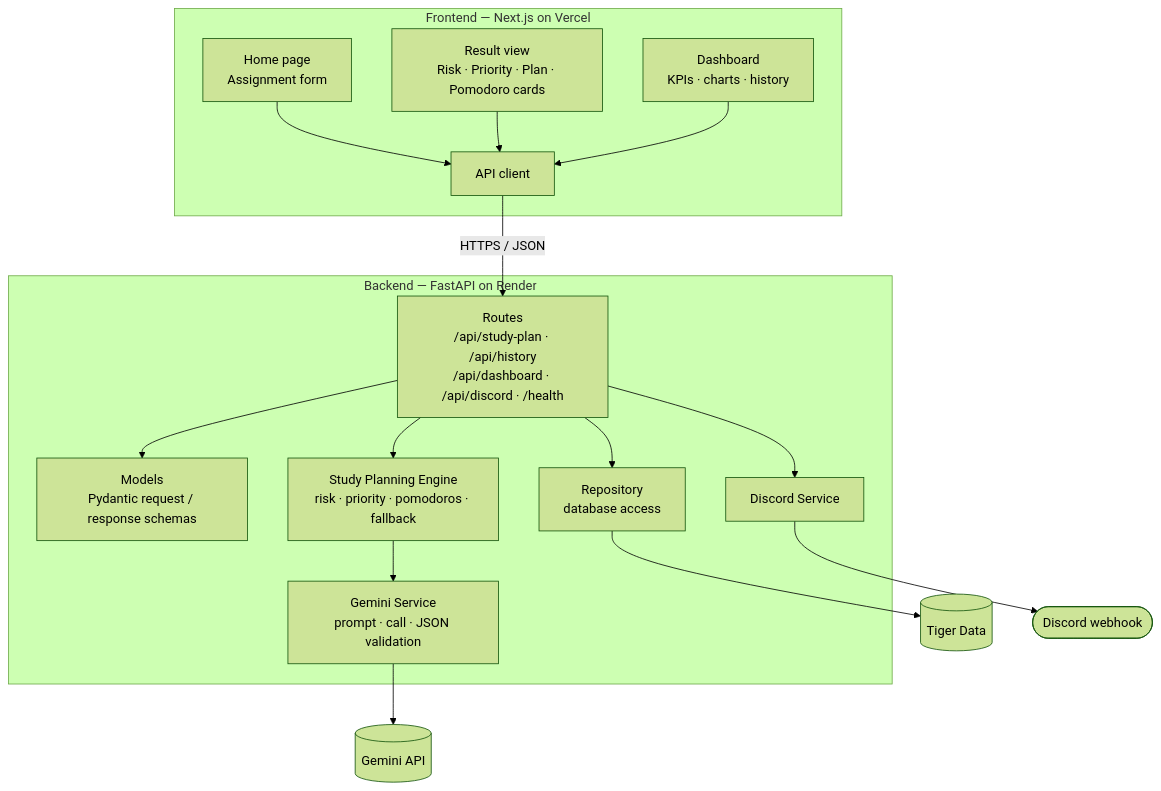
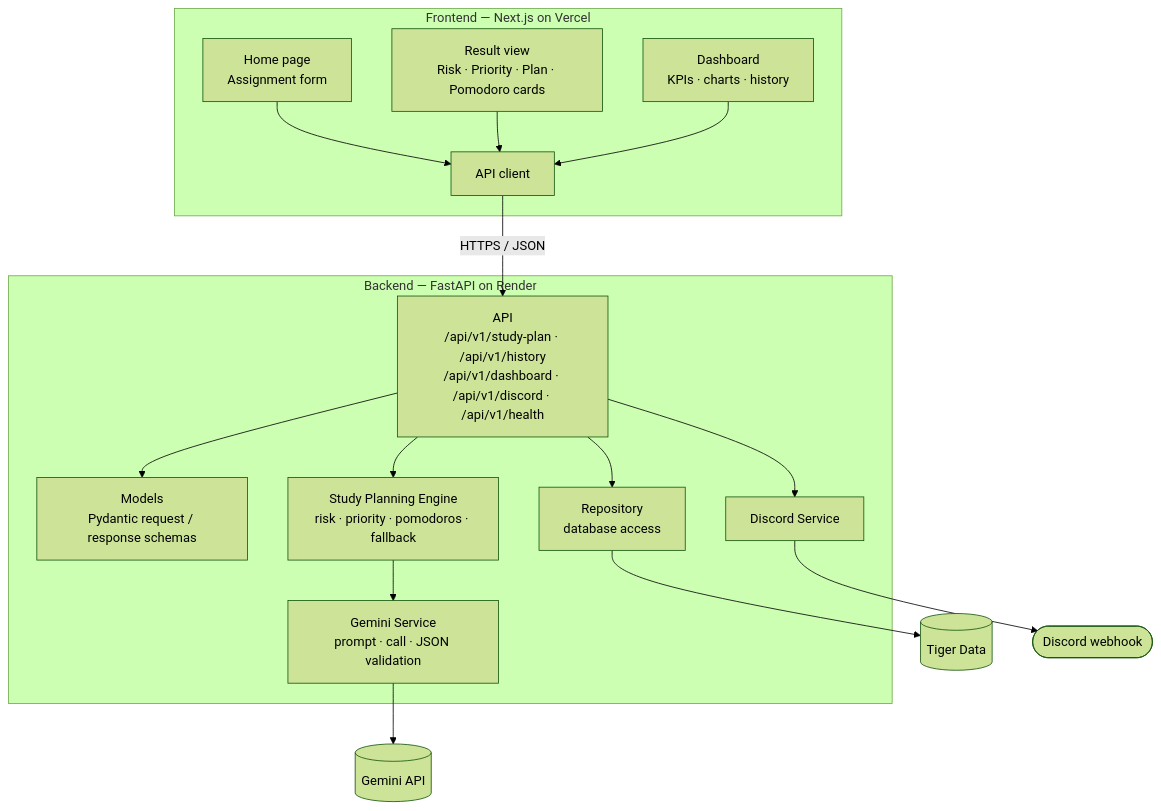
The second of 3 diagrams in docs/architecture.md (phuongcodes2025-sys/fit-focus-ai), drawn with Mermaid (forest theme) before and after one commit. The commit also changed other lines of this file, not shown here.

Commit message:
docs: align architecture with /api/v1 and api/ folder

````diff
--- a/docs/architecture.md
+++ b/docs/architecture.md
@@ -56,31 +56,31 @@
 ```mermaid
 flowchart TB
     subgraph FE["Frontend — Next.js on Vercel"]
         home["Home page<br/>Assignment form"]
         result["Result view<br/>Risk · Priority · Plan · Pomodoro cards"]
         dash["Dashboard<br/>KPIs · charts · history"]
         client["API client"]
         home --> client
         result --> client
         dash --> client
     end
 
     subgraph BE["Backend — FastAPI on Render"]
-        routes["Routes<br/>/api/study-plan · /api/history<br/>/api/dashboard · /api/discord · /health"]
+        routes["API<br/>/api/v1/study-plan · /api/v1/history<br/>/api/v1/dashboard · /api/v1/discord · /api/v1/health"]
         models["Models<br/>Pydantic request / response schemas"]
         engine["Study Planning Engine<br/>risk · priority · pomodoros · fallback"]
         ai["Gemini Service<br/>prompt · call · JSON validation"]
         repo["Repository<br/>database access"]
         notify["Discord Service"]
         routes --> models
         routes --> engine
         routes --> repo
         routes --> notify
         engine --> ai
     end
 
     client -- "HTTPS / JSON" --> routes
     ai --> gemini[("Gemini API")]
     repo --> db[("Tiger Data")]
     notify --> discord(["Discord webhook"])
 ```
````
